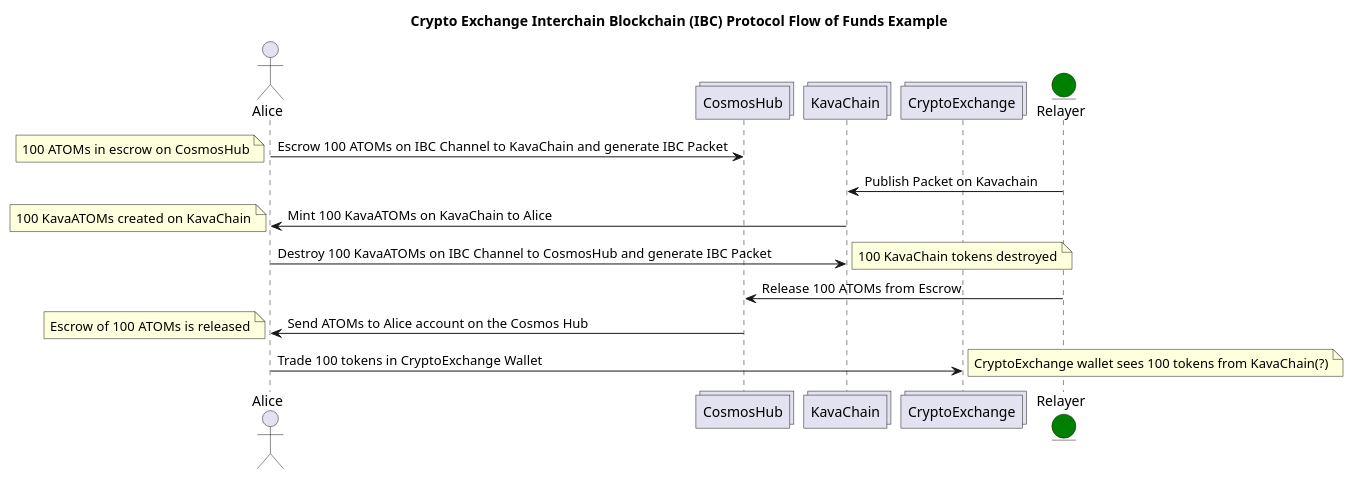
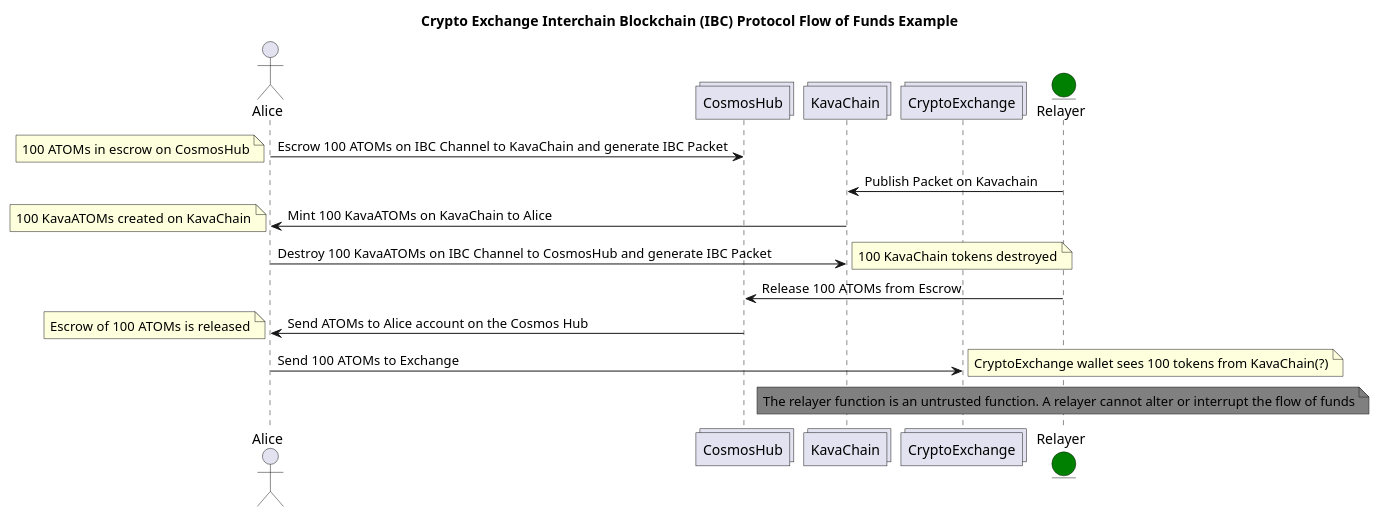
The diagram in exchange_ibc_flow_simple_level_0.puml (cosmos/stargate-launch), drawn with PlantUML before and after one commit. The commit also changed other lines of this file and 1 other file, not shown here.

Commit message:
Flow of funds improvements

```diff
--- a/exchange_ibc_flow_simple_level_0.puml
+++ b/exchange_ibc_flow_simple_level_0.puml
@@ -1,23 +1,26 @@
 @startuml
 title Crypto Exchange Interchain Blockchain (IBC) Protocol Flow of Funds Example
 actor   Alice
 Collections CosmosHub
 Collections KavaChain
 Collections CryptoExchange
 entity Relayer #Green
 
 
 Alice -> CosmosHub : Escrow 100 ATOMs on IBC Channel to KavaChain and generate IBC Packet
 note left: 100 ATOMs in escrow on CosmosHub
 Relayer -> KavaChain : Publish Packet on Kavachain
 KavaChain -> Alice : Mint 100 KavaATOMs on KavaChain to Alice
 note left: 100 KavaATOMs created on KavaChain
 Alice -> KavaChain : Destroy 100 KavaATOMs on IBC Channel to CosmosHub and generate IBC Packet
 note right: 100 KavaChain tokens destroyed
 Relayer -> CosmosHub: Release 100 ATOMs from Escrow
 CosmosHub -> Alice: Send ATOMs to Alice account on the Cosmos Hub
 note left: Escrow of 100 ATOMs is released
-Alice -> CryptoExchange : Trade 100 tokens in CryptoExchange Wallet
+Alice -> CryptoExchange : Send 100 ATOMs to Exchange
 note right: CryptoExchange wallet sees 100 tokens from KavaChain(?)
 
+note over Relayer #grey: The relayer function is an untrusted function. A relayer cannot alter or interrupt the flow of funds
+
+
 @enduml
```
